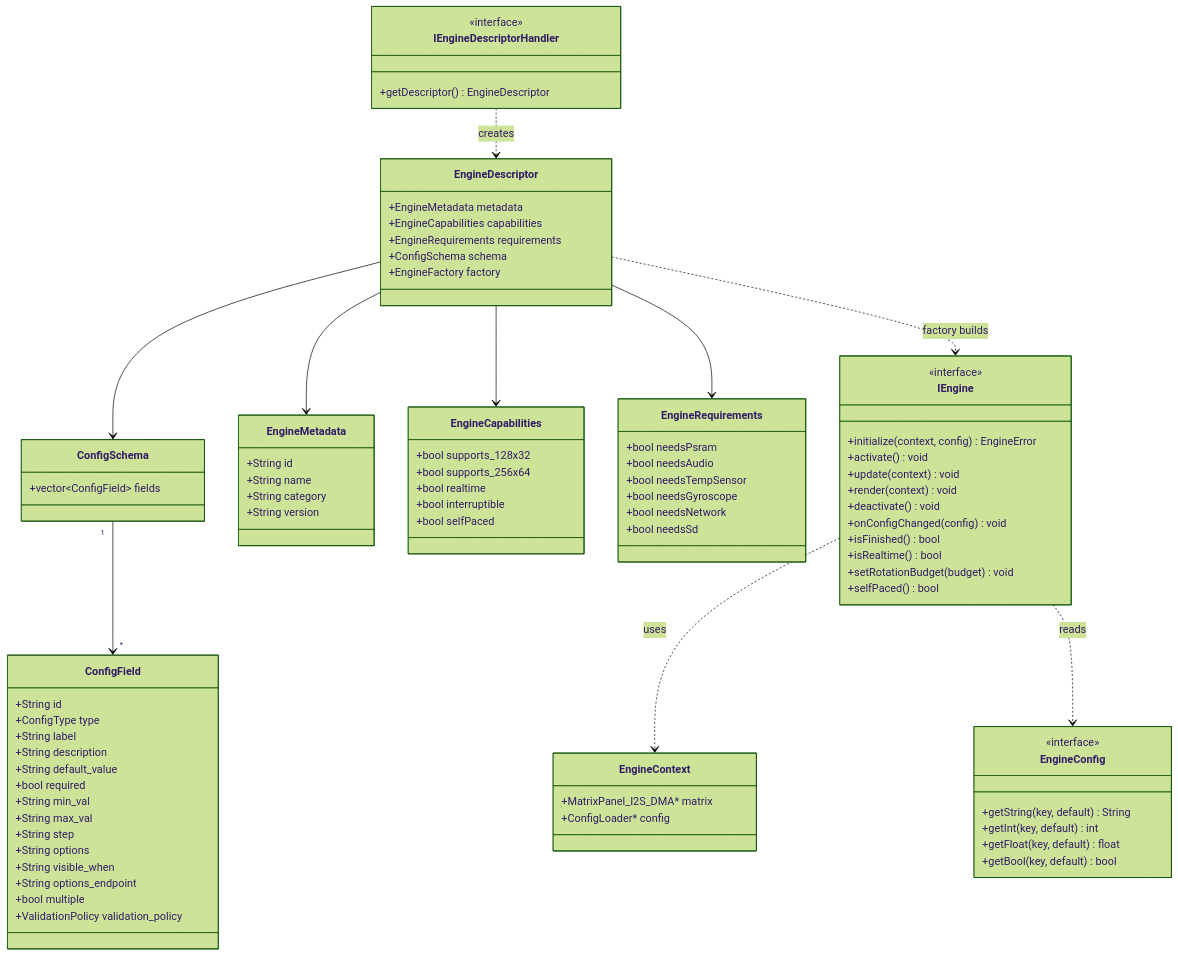
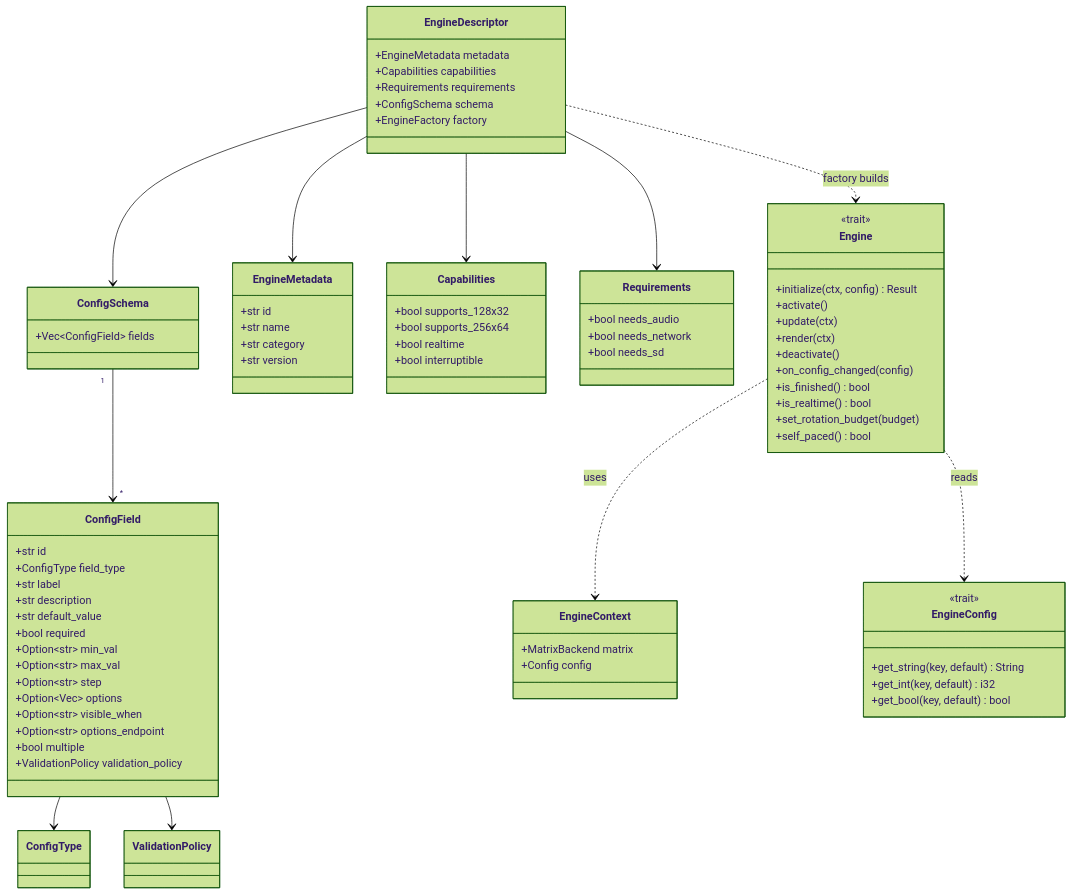
The second of 15 diagrams in docs/ARCHITECTURE.md (red77290/ArcadeMatrix), drawn with Mermaid (forest theme) before and after one commit. The commit also changed other lines of this file and 16 other files, not shown here.

````diff
--- a/docs/ARCHITECTURE.md
+++ b/docs/ARCHITECTURE.md
@@ -88,97 +90,88 @@
 ```mermaid
 classDiagram
-    class IEngine {
-        <<interface>>
-        +initialize(context, config) EngineError
-        +activate() void
-        +update(context) void
-        +render(context) void
-        +deactivate() void
-        +onConfigChanged(config) void
-        +isFinished() bool
-        +isRealtime() bool
-        +setRotationBudget(budget) void
-        +selfPaced() bool
+    class Engine {
+        <<trait>>
+        +initialize(ctx, config) Result
+        +activate()
+        +update(ctx)
+        +render(ctx)
+        +deactivate()
+        +on_config_changed(config)
+        +is_finished() bool
+        +is_realtime() bool
+        +set_rotation_budget(budget)
+        +self_paced() bool
     }
 
     class EngineDescriptor {
         +EngineMetadata metadata
-        +EngineCapabilities capabilities
-        +EngineRequirements requirements
+        +Capabilities capabilities
+        +Requirements requirements
         +ConfigSchema schema
         +EngineFactory factory
     }
 
     class EngineMetadata {
-        +String id
-        +String name
-        +String category
-        +String version
+        +str id
+        +str name
+        +str category
+        +str version
     }
 
-    class EngineCapabilities {
+    class Capabilities {
         +bool supports_128x32
         +bool supports_256x64
         +bool realtime
         +bool interruptible
-        +bool selfPaced
     }
 
-    class EngineRequirements {
-        +bool needsPsram
-        +bool needsAudio
-        +bool needsTempSensor
-        +bool needsGyroscope
-        +bool needsNetwork
-        +bool needsSd
+    class Requirements {
+        +bool needs_audio
+        +bool needs_network
+        +bool needs_sd
     }
 
     class ConfigSchema {
-        +vector~ConfigField~ fields
+        +Vec~ConfigField~ fields
     }
 
     class ConfigField {
-        +String id
-        +ConfigType type
-        +String label
-        +String description
-        +String default_value
+        +str id
+        +ConfigType field_type
+        +str label
+        +str description
+        +str default_value
         +bool required
-        +String min_val
-        +String max_val
-        +String step
-        +String options
-        +String visible_when
-        +String options_endpoint
+        +Option~str~ min_val
+        +Option~str~ max_val
+        +Option~str~ step
+        +Option~Vec~ options
+        +Option~str~ visible_when
+        +Option~str~ options_endpoint
         +bool multiple
         +ValidationPolicy validation_policy
     }
 
     class EngineContext {
-        +MatrixPanel_I2S_DMA* matrix
-        +ConfigLoader* config
+        +MatrixBackend matrix
+        +Config config
     }
 
     class EngineConfig {
-        <<interface>>
-        +getString(key, default) String
-        +getInt(key, default) int
-        +getFloat(key, default) float
-        +getBool(key, default) bool
-    }
-
-    class IEngineDescriptorHandler {
-        <<interface>>
-        +getDescriptor() EngineDescriptor
+        <<trait>>
+        +get_string(key, default) String
+        +get_int(key, default) i32
+        +get_bool(key, default) bool
     }
 
     EngineDescriptor --> EngineMetadata
-    EngineDescriptor --> EngineCapabilities
-    EngineDescriptor --> EngineRequirements
+    EngineDescriptor --> Capabilities
+    EngineDescriptor --> Requirements
     EngineDescriptor --> ConfigSchema
-    EngineDescriptor ..> IEngine : factory builds
-    IEngineDescriptorHandler ..> EngineDescriptor : creates
+    EngineDescriptor ..> Engine : factory builds
     ConfigSchema "1" --> "*" ConfigField
-    IEngine ..> EngineContext : uses
-    IEngine ..> EngineConfig : reads
+    ConfigField --> ConfigType
+    ConfigField --> ValidationPolicy
+    Engine ..> EngineContext : uses
+    Engine ..> EngineConfig : reads
 ```
````
